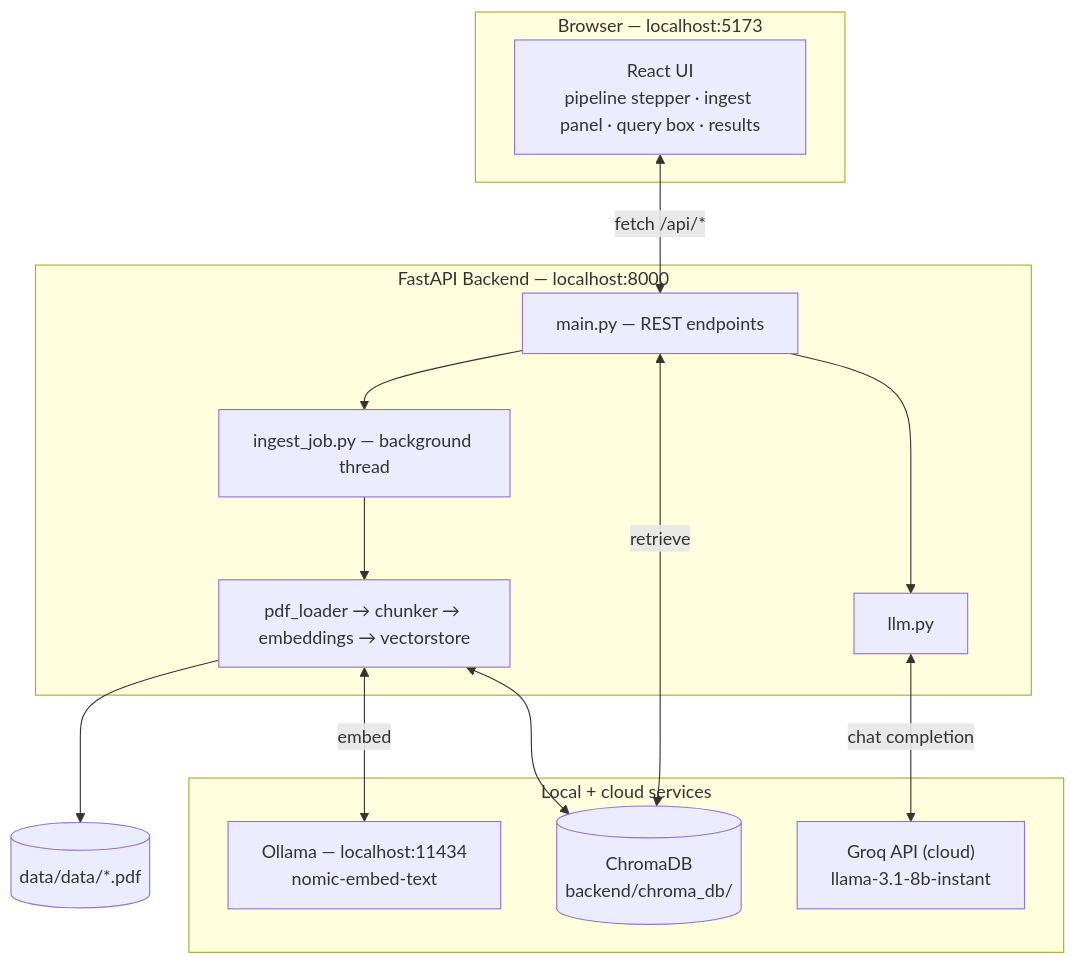
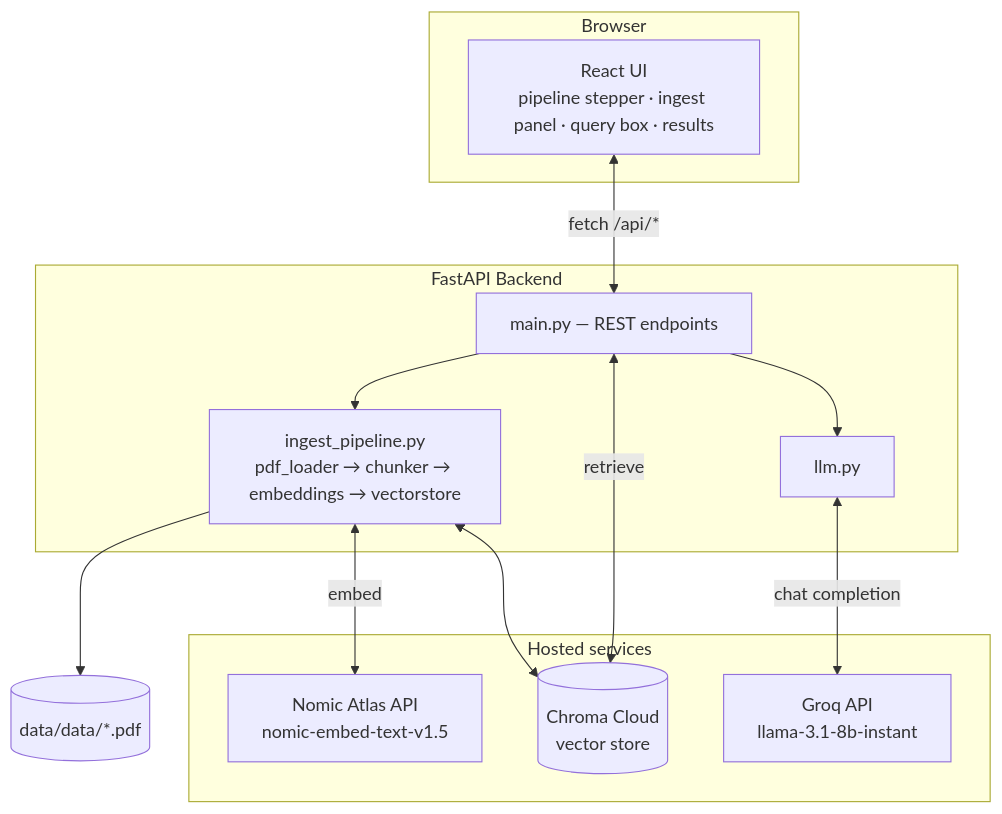
The first of 3 diagrams in README.md (nitingawali27/rag-knowledge-explorer), drawn with Mermaid before and after one commit. The commit also changed other lines of this file and 28 other files, not shown here.

First line of the commit message:
Migrate backend to cloud services for Vercel deployment

````diff
--- a/README.md
+++ b/README.md
@@ -29,29 +30,28 @@
 ```mermaid
 flowchart TB
-    subgraph Browser["Browser — localhost:5173"]
+    subgraph Browser["Browser"]
         UI["React UI<br/>pipeline stepper · ingest panel · query box · results"]
     end
 
-    subgraph Backend["FastAPI Backend — localhost:8000"]
+    subgraph Backend["FastAPI Backend"]
         API["main.py — REST endpoints"]
-        JOB["ingest_job.py — background thread"]
-        PIPE["pdf_loader → chunker → embeddings → vectorstore"]
+        PIPE["ingest_pipeline.py<br/>pdf_loader → chunker → embeddings → vectorstore"]
         LLM["llm.py"]
     end
 
-    subgraph External["Local + cloud services"]
-        OLLAMA["Ollama — localhost:11434<br/>nomic-embed-text"]
-        CHROMA[("ChromaDB<br/>backend/chroma_db/")]
-        GROQ["Groq API (cloud)<br/>llama-3.1-8b-instant"]
+    subgraph Cloud["Hosted services"]
+        NOMIC["Nomic Atlas API<br/>nomic-embed-text-v1.5"]
+        CHROMA[("Chroma Cloud<br/>vector store")]
+        GROQ["Groq API<br/>llama-3.1-8b-instant"]
     end
 
     PDFS[("data/data/*.pdf")]
 
     UI <-->|fetch /api/*| API
-    API --> JOB --> PIPE
+    API --> PIPE
     PIPE --> PDFS
-    PIPE <-->|embed| OLLAMA
+    PIPE <-->|embed| NOMIC
     PIPE <--> CHROMA
     API <-->|retrieve| CHROMA
     API --> LLM <-->|chat completion| GROQ
 ```
````
